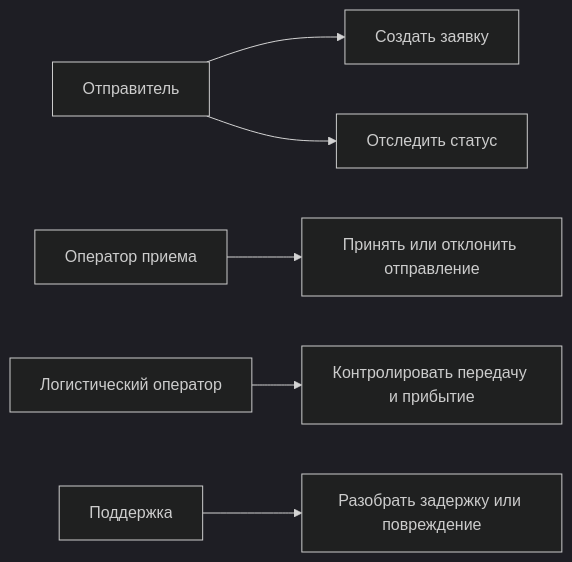
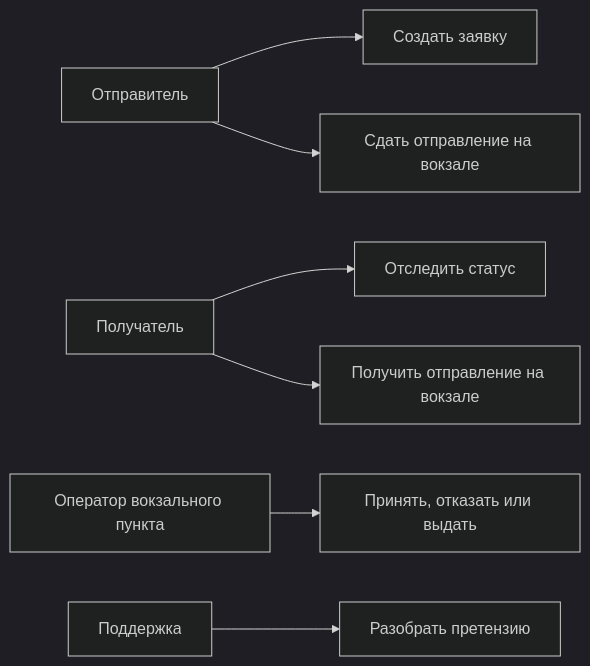
Before and after one commit to W1zzK1/Plan-dissertation: the diagram in 03-требования.md, drawn with Mermaid (dark theme). The commit also changed other lines of this file and 19 other files, not shown here.

````diff
--- a/03-требования.md
+++ b/03-требования.md
@@ -46,13 +50,14 @@
 ```mermaid
 flowchart LR
     Sender[Отправитель]
-    Operator[Оператор приема]
-    Logistics[Логистический оператор]
+    Recipient[Получатель]
+    Operator[Оператор вокзального пункта]
     Support[Поддержка]
 
     Sender --> A[Создать заявку]
-    Sender --> B[Отследить статус]
-    Operator --> C[Принять или отклонить отправление]
-    Logistics --> D[Контролировать передачу и прибытие]
-    Support --> E[Разобрать задержку или повреждение]
+    Sender --> B[Сдать отправление на вокзале]
+    Recipient --> C[Отследить статус]
+    Recipient --> D[Получить отправление на вокзале]
+    Operator --> E[Принять, отказать или выдать]
+    Support --> F[Разобрать претензию]
 ```
````
